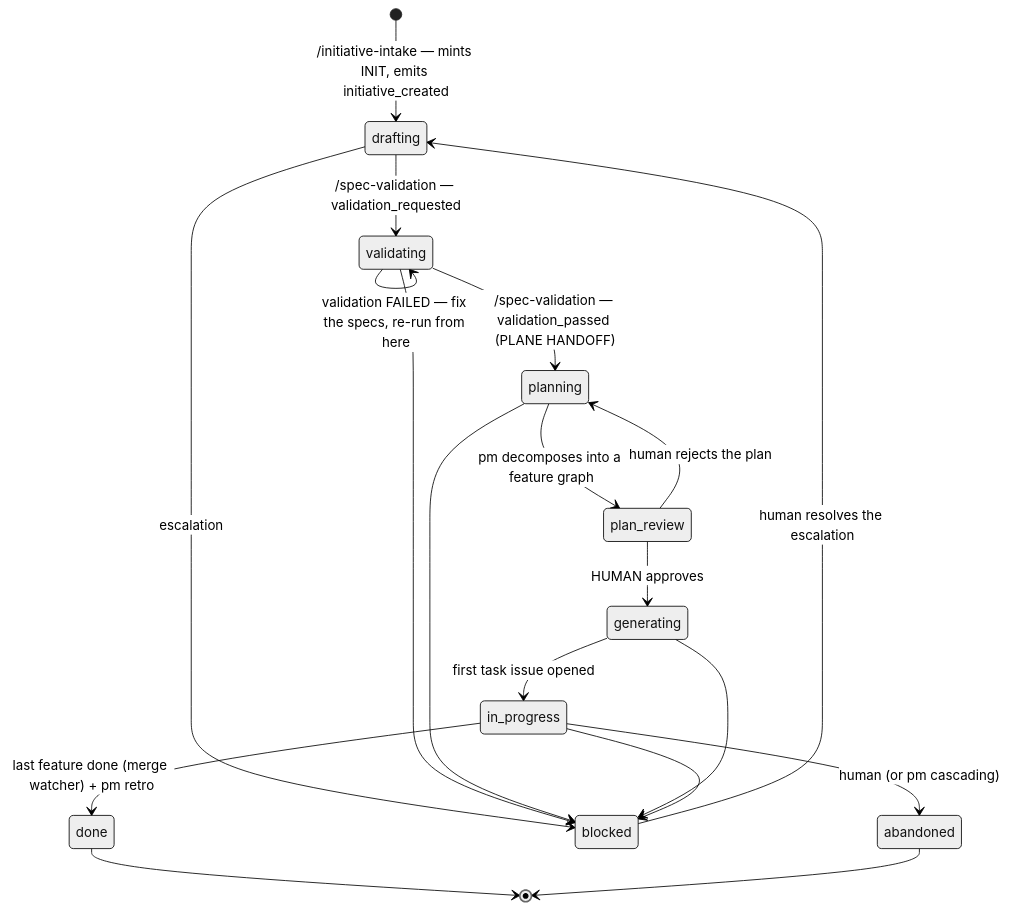
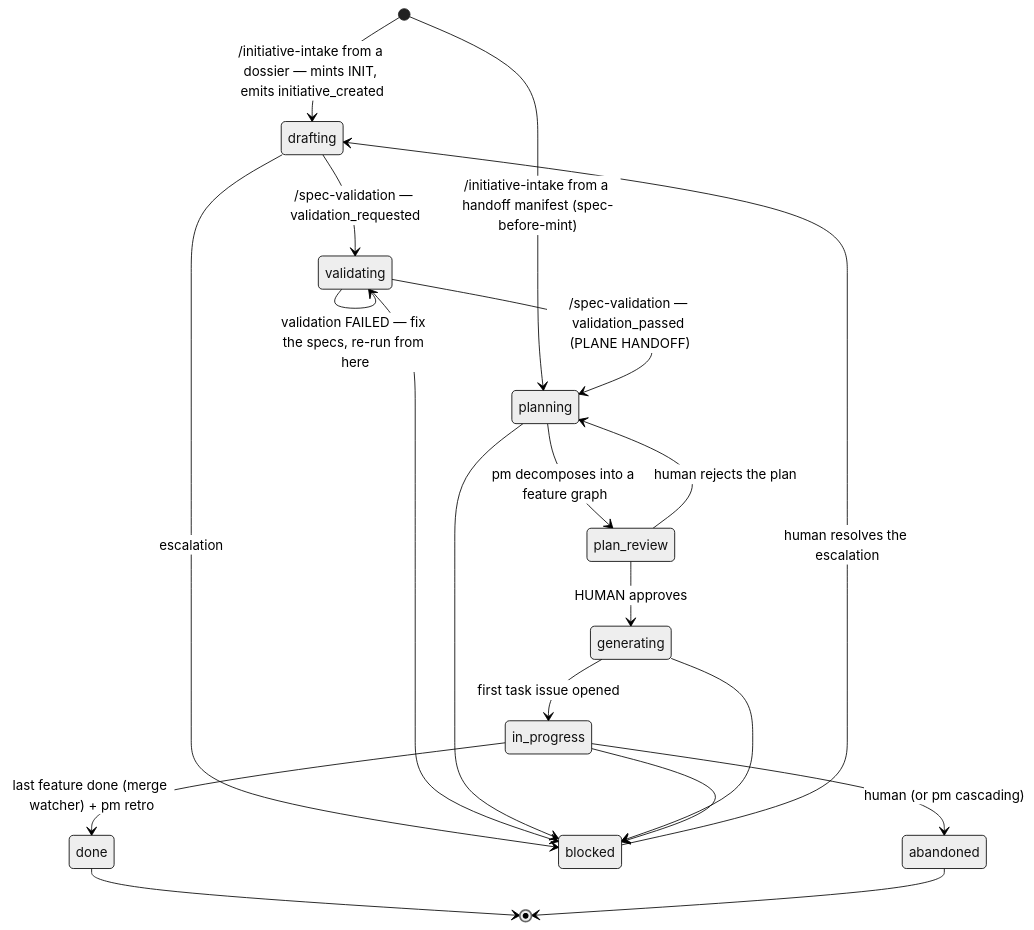
Before and after one commit to specfuse/specfuse: the third of 7 diagrams in docs/unit-lifecycles.md, drawn with Mermaid (neutral theme). The commit also changed other lines of this file and 1 other file, not shown here.

First line of the commit message:
docs: bring the idea and initiative lifecycles up to spec-before-mint (#223)

````diff
--- a/docs/unit-lifecycles.md
+++ b/docs/unit-lifecycles.md
@@ -124,21 +157,22 @@
 ```mermaid
 stateDiagram-v2
-  [*] --> drafting: /initiative-intake — mints INIT, emits initiative_created
+  [*] --> drafting: /initiative-intake from a dossier — mints INIT, emits initiative_created
+  [*] --> planning: /initiative-intake from a handoff manifest (spec-before-mint)
   drafting --> validating: /spec-validation — validation_requested
   validating --> validating: validation FAILED — fix the specs, re-run from here
   validating --> planning: /spec-validation — validation_passed (PLANE HANDOFF)
   planning --> plan_review: pm decomposes into a feature graph
   plan_review --> planning: human rejects the plan
   plan_review --> generating: HUMAN approves
   generating --> in_progress: first task issue opened
   in_progress --> done: last feature done (merge watcher) + pm retro
   drafting --> blocked: escalation
   validating --> blocked
   planning --> blocked
   generating --> blocked
   in_progress --> blocked
   blocked --> drafting: human resolves the escalation
   in_progress --> abandoned: human (or pm cascading)
   done --> [*]
   abandoned --> [*]
 ```
````
